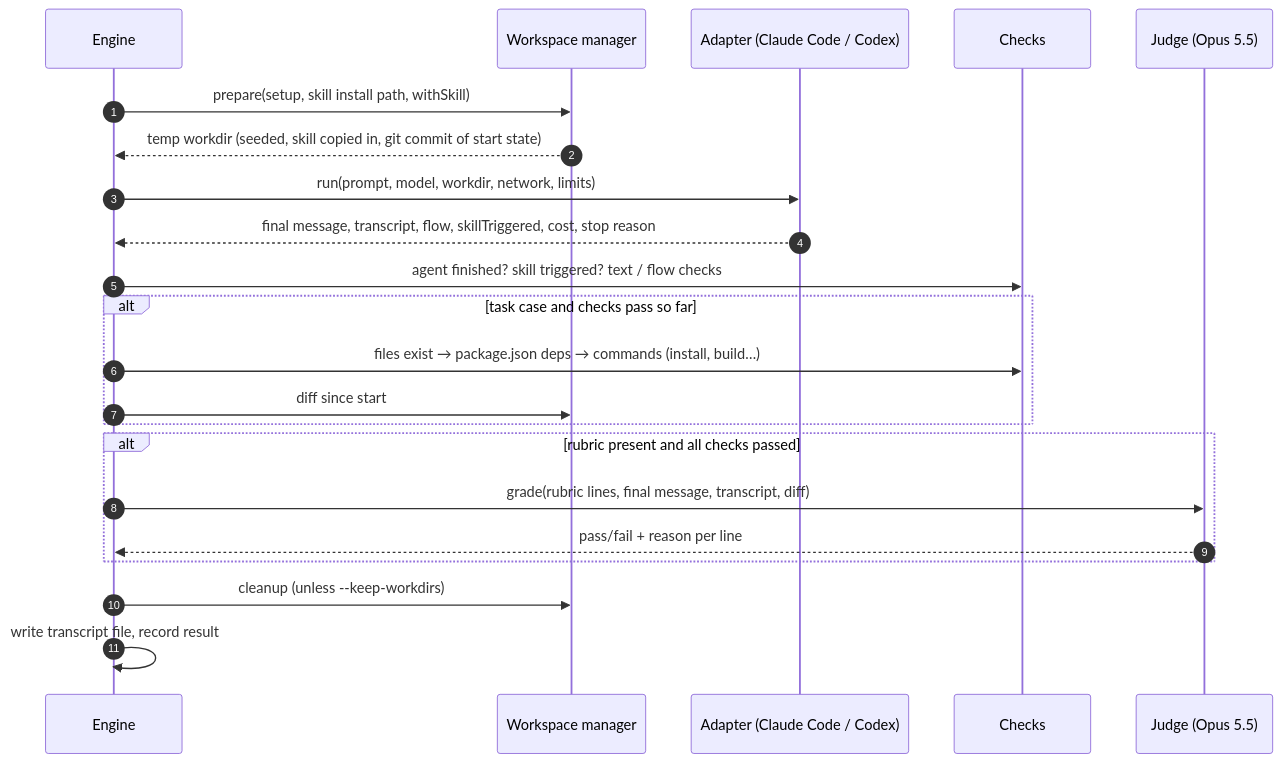
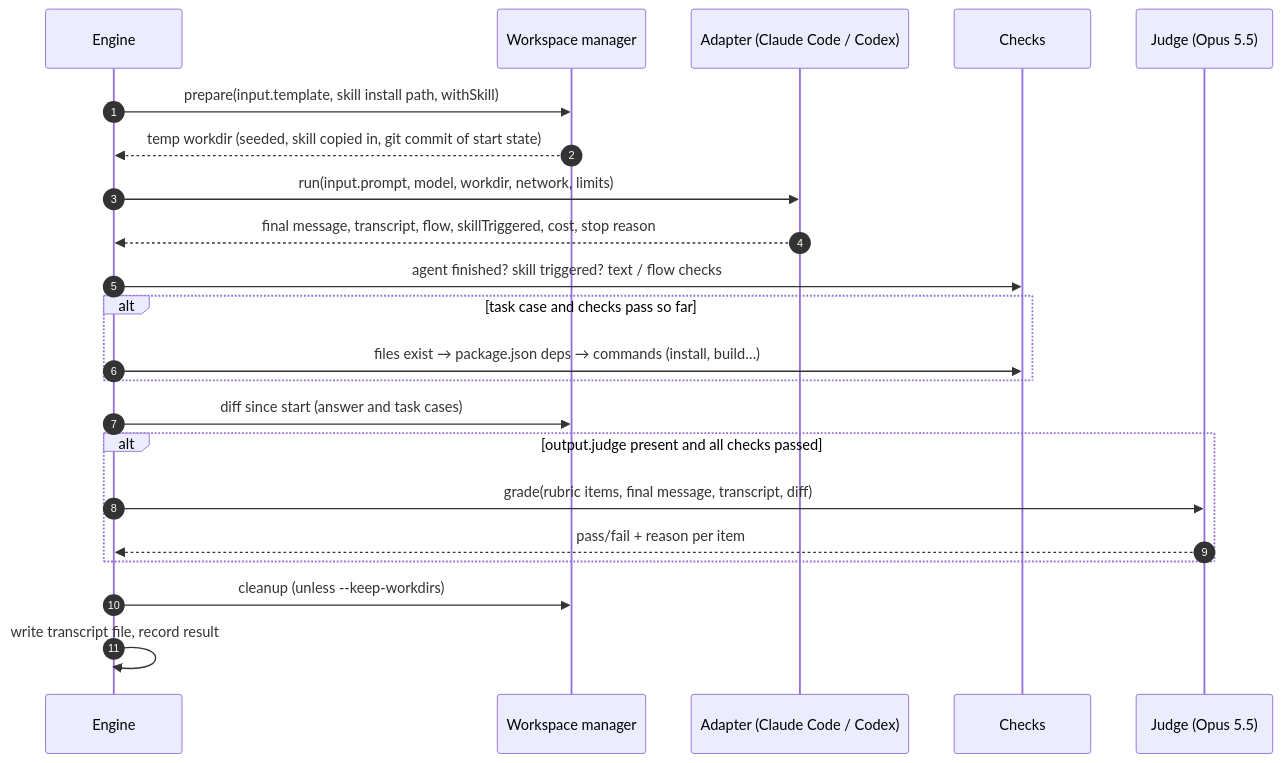
Before and after one commit to InteropIO/iointel-dev-kit: the second of 8 diagrams in evals/README.md, drawn with Mermaid. The commit also changed other lines of this file and 58 other files, not shown here.

````diff
--- a/evals/README.md
+++ b/evals/README.md
@@ -72,25 +72,25 @@
 ```mermaid
 sequenceDiagram
     autonumber
     participant E as Engine
     participant W as Workspace manager
     participant A as Adapter (Claude Code / Codex)
     participant C as Checks
     participant J as Judge (Opus 5.5)
 
-    E->>W: prepare(setup, skill install path, withSkill)
+    E->>W: prepare(input.template, skill install path, withSkill)
     W-->>E: temp workdir (seeded, skill copied in, git commit of start state)
-    E->>A: run(prompt, model, workdir, network, limits)
+    E->>A: run(input.prompt, model, workdir, network, limits)
     A-->>E: final message, transcript, flow, skillTriggered, cost, stop reason
     E->>C: agent finished? skill triggered? text / flow checks
     alt task case and checks pass so far
         E->>C: files exist → package.json deps → commands (install, build…)
-        E->>W: diff since start
     end
-    alt rubric present and all checks passed
-        E->>J: grade(rubric lines, final message, transcript, diff)
-        J-->>E: pass/fail + reason per line
+    E->>W: diff since start (answer and task cases)
+    alt output.judge present and all checks passed
+        E->>J: grade(rubric items, final message, transcript, diff)
+        J-->>E: pass/fail + reason per item
     end
     E->>W: cleanup (unless --keep-workdirs)
     E->>E: write transcript file, record result
 ```
````
